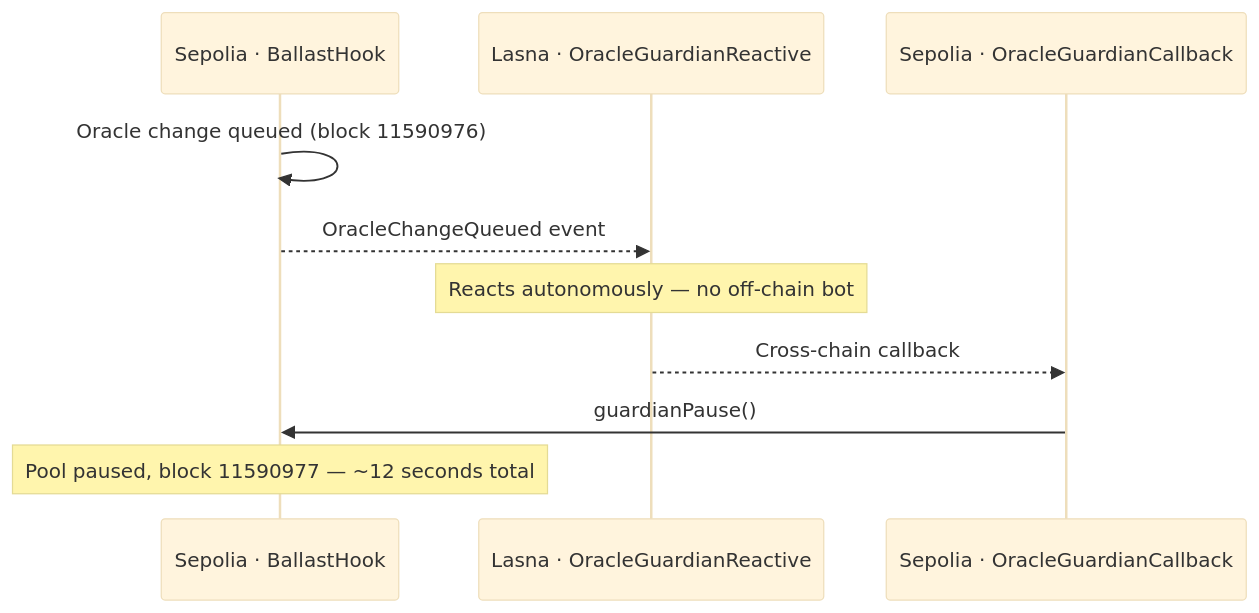
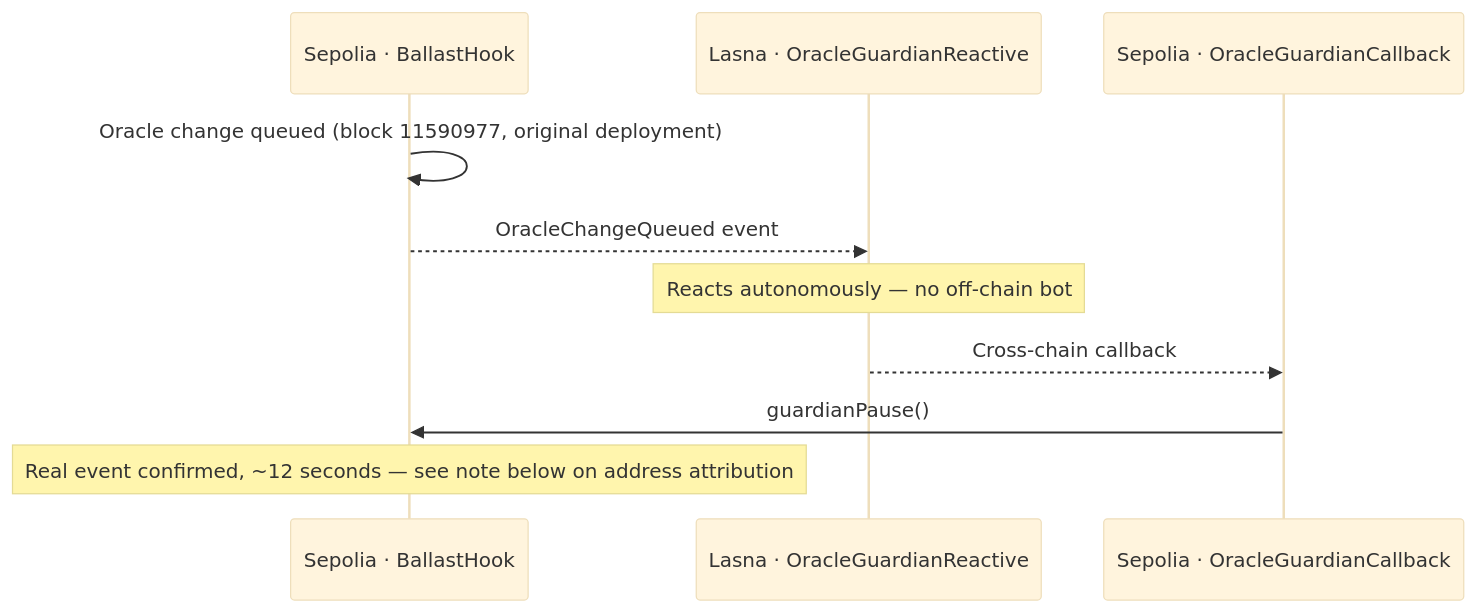
The second of 3 diagrams in README.md (dny-777/ballast), drawn with Mermaid (base theme) before and after one commit. The commit also changed other lines of this file and 1 other file, not shown here.

Commit message:
Correct OracleGuardian proof attribution to the verified original deployment address

````diff
--- a/README.md
+++ b/README.md
@@ -203,12 +203,12 @@
 ```mermaid
 sequenceDiagram
     participant S as Sepolia · BallastHook
     participant L as Lasna · OracleGuardianReactive
     participant C as Sepolia · OracleGuardianCallback
-    S->>S: Oracle change queued (block 11590976)
+    S->>S: Oracle change queued (block 11590977, original deployment)
     S-->>L: OracleChangeQueued event
     Note over L: Reacts autonomously — no off-chain bot
     L-->>C: Cross-chain callback
     C->>S: guardianPause()
-    Note over S: Pool paused, block 11590977 — ~12 seconds total
+    Note over S: Real event confirmed, ~12 seconds — see note below on address attribution
 ```
````
